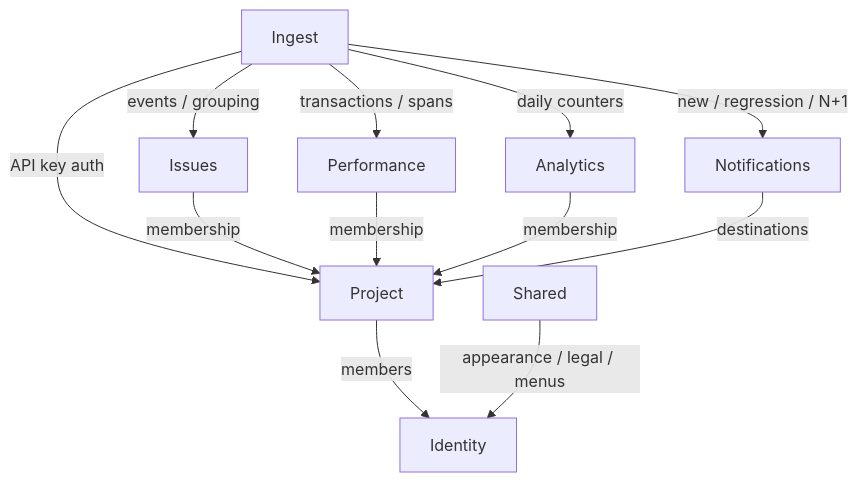
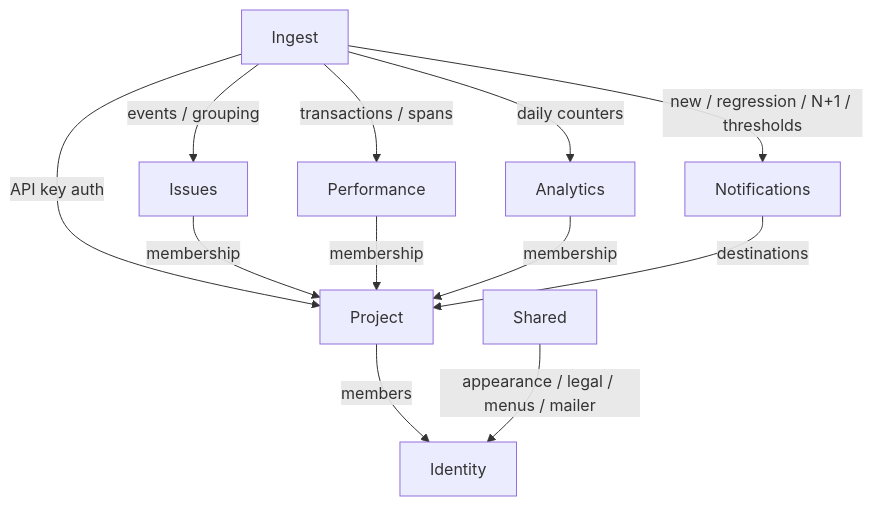
One commit to nowo-tech/symfony-beacon changed the second of 7 diagrams in docs/ARCHITECTURE.md. Above: the diagram before and after it, drawn with Mermaid. The commit also changed other lines of this file and 51 other files, not shown here.

````diff
--- a/docs/ARCHITECTURE.md
+++ b/docs/ARCHITECTURE.md
@@ -137,25 +139,25 @@
 ```mermaid
 flowchart TB
   Ingest[Ingest]
   Issues[Issues]
   Perf[Performance]
   Analytics[Analytics]
   Notifications[Notifications]
   Project[Project]
   Identity[Identity]
   Shared[Shared]
 
   Ingest -->|events / grouping| Issues
   Ingest -->|transactions / spans| Perf
   Ingest -->|daily counters| Analytics
-  Ingest -->|new / regression / N+1| Notifications
+  Ingest -->|new / regression / N+1 / thresholds| Notifications
   Ingest -->|API key auth| Project
 
   Issues -->|membership| Project
   Perf -->|membership| Project
   Analytics -->|membership| Project
   Notifications -->|destinations| Project
   Project -->|members| Identity
 
-  Shared -->|appearance / legal / menus| Identity
+  Shared -->|appearance / legal / menus / mailer| Identity
 ```
````
